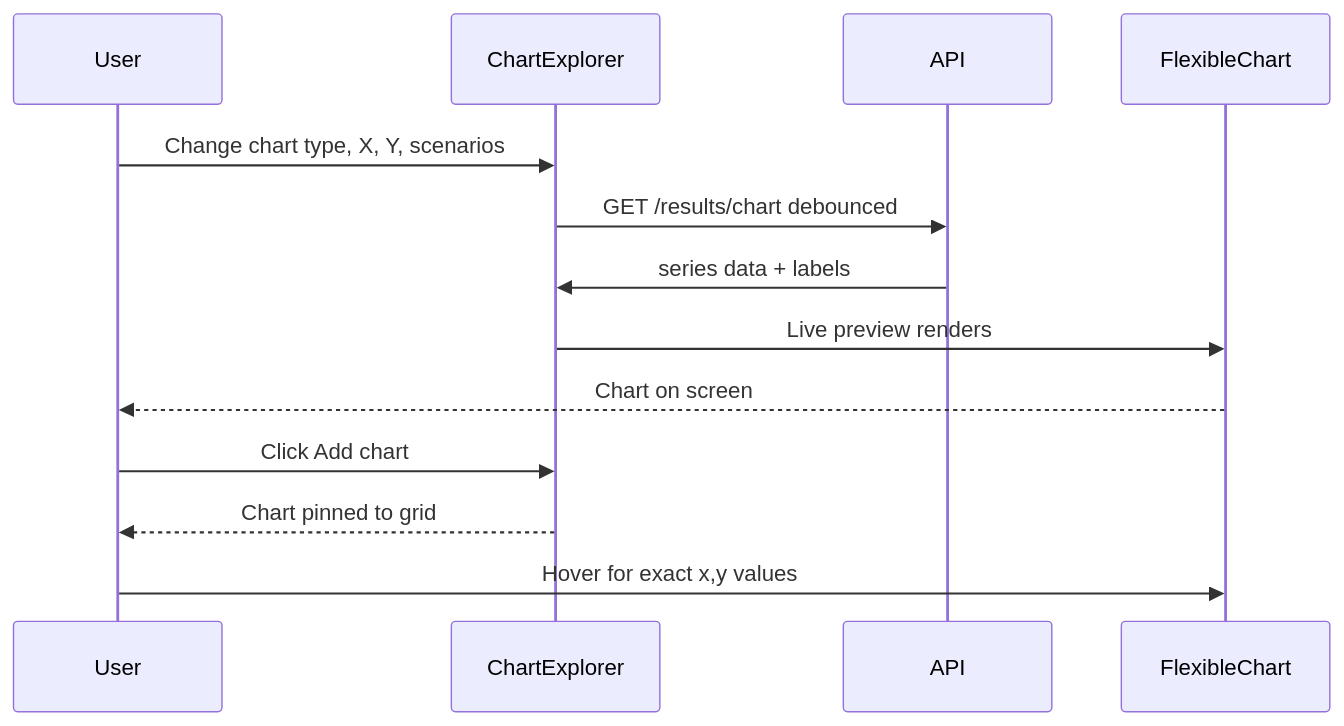
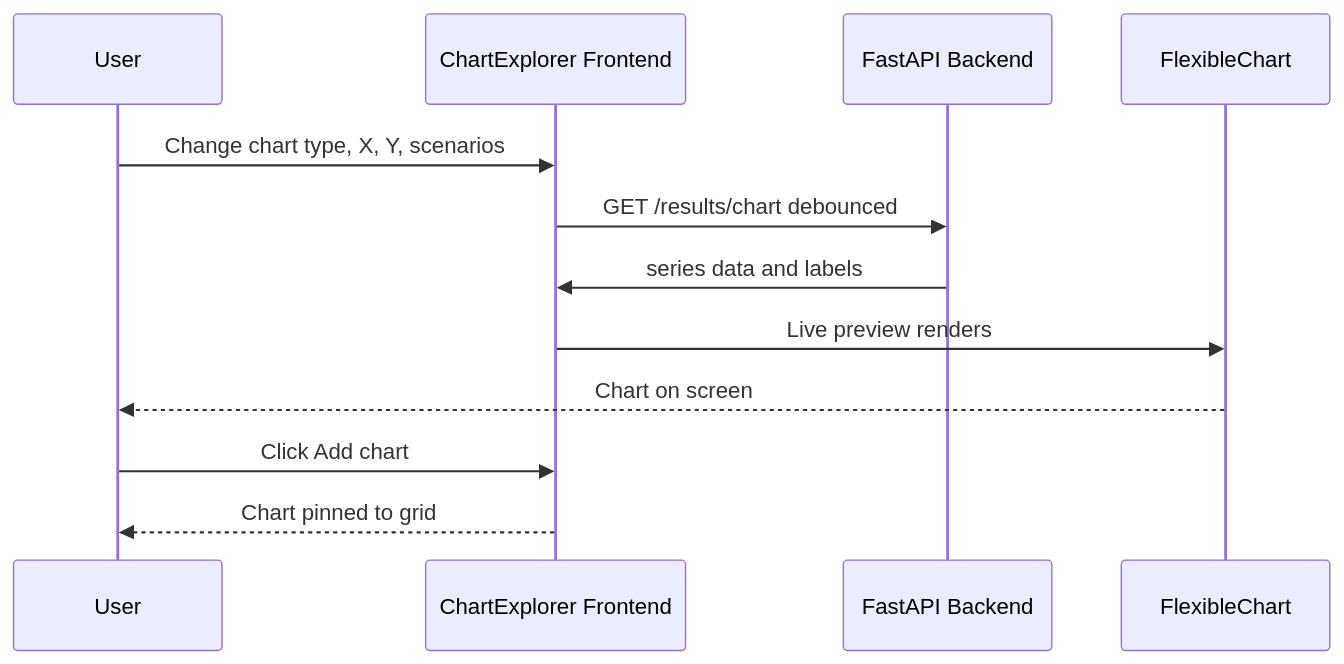
One commit to imperialCHEPI/healthgps changed the ninth of 10 diagrams in documentation/technical/plans/HealthGPS_studio-GUI.md. Above: the diagram before and after it, drawn with Mermaid. The commit also changed other lines of this file and 1 other file, not shown here.

````diff
--- a/documentation/technical/plans/HealthGPS_studio-GUI.md
+++ b/documentation/technical/plans/HealthGPS_studio-GUI.md
@@ -343,15 +415,15 @@
 ```mermaid
 sequenceDiagram
     participant User
-    participant ChartExplorer
-    participant API
-    participant FlexibleChart
+    participant ChartExplorer as ChartExplorer Frontend
+    participant API as FastAPI Backend
+    participant FlexChart as FlexibleChart
+
     User->>ChartExplorer: Change chart type, X, Y, scenarios
     ChartExplorer->>API: GET /results/chart debounced
-    API->>ChartExplorer: series data + labels
-    ChartExplorer->>FlexibleChart: Live preview renders
-    FlexibleChart-->>User: Chart on screen
+    API->>ChartExplorer: series data and labels
+    ChartExplorer->>FlexChart: Live preview renders
+    FlexChart-->>User: Chart on screen
     User->>ChartExplorer: Click Add chart
     ChartExplorer-->>User: Chart pinned to grid
-    User->>FlexibleChart: Hover for exact x,y values
 ```
````
